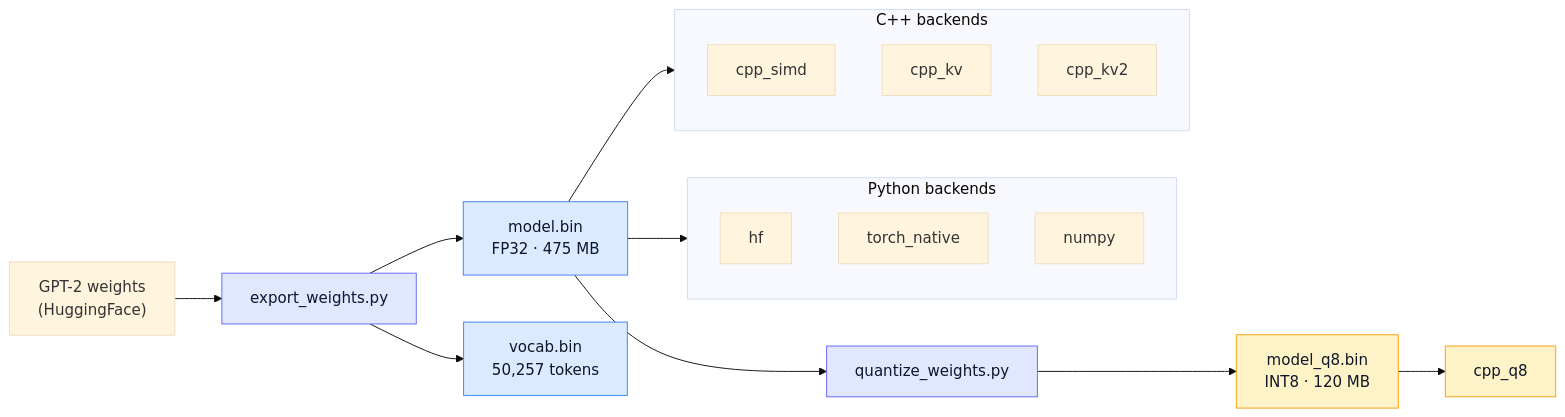
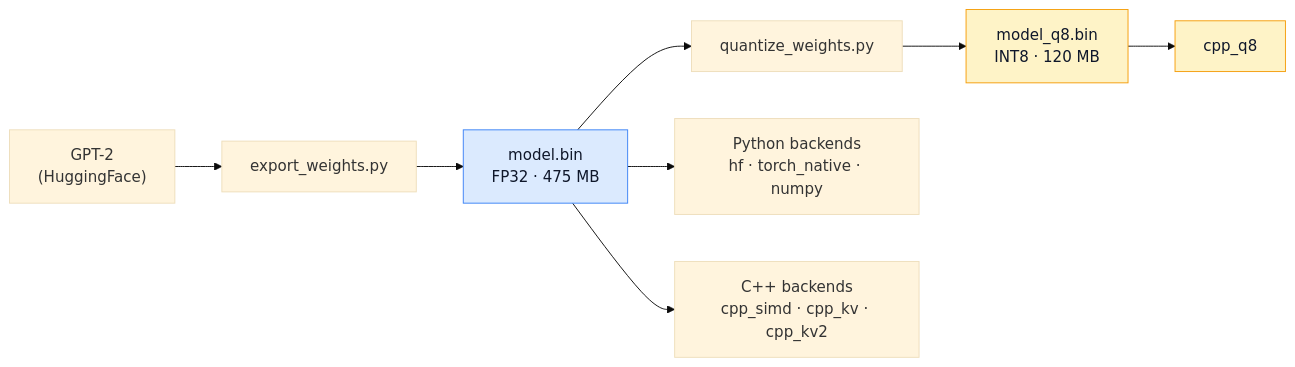
One commit to Efutrrionpy/trans changed the diagram in README.md. Above: the diagram before and after it, drawn with Mermaid (base theme). The commit also changed other lines of this file, not shown here.

````diff
--- a/README.md
+++ b/README.md
@@ -109,32 +51,13 @@
 ```mermaid
 flowchart LR
-    GPT2["GPT-2 weights<br/>(HuggingFace)"] --> EXP["export_weights.py"]
-    EXP --> BIN["model.bin<br/>FP32 · 475 MB"]
-    EXP --> VOCAB["vocab.bin<br/>50,257 tokens"]
+    GPT2["GPT-2<br/>(HuggingFace)"] --> EXP["export_weights.py"] --> BIN["model.bin<br/>FP32 · 475 MB"]
     BIN --> QUANT["quantize_weights.py"] --> Q8["model_q8.bin<br/>INT8 · 120 MB"]
-
-    subgraph PY ["Python backends"]
-        direction TB
-        HFB["hf"]
-        TNB["torch_native"]
-        NPB["numpy"]
-    end
-
-    subgraph CPP ["C++ backends"]
-        direction TB
-        FAST["cpp_simd"]
-        KV["cpp_kv"]
-        KV2["cpp_kv2"]
-    end
-
-    BIN --> PY
-    BIN --> CPP
+    BIN --> PY["Python backends<br/>hf · torch_native · numpy"]
+    BIN --> CPP["C++ backends<br/>cpp_simd · cpp_kv · cpp_kv2"]
     Q8 --> QB["cpp_q8"]
 
     classDef weight fill:#dbeafe,stroke:#3b82f6,color:#0f172a
-    classDef script fill:#e0e7ff,stroke:#6366f1,color:#0f172a
     classDef quant fill:#fef3c7,stroke:#f59e0b,color:#0f172a
-    class BIN,VOCAB weight
-    class EXP,QUANT script
+    class BIN weight
     class Q8,QB quant
 ```
````
